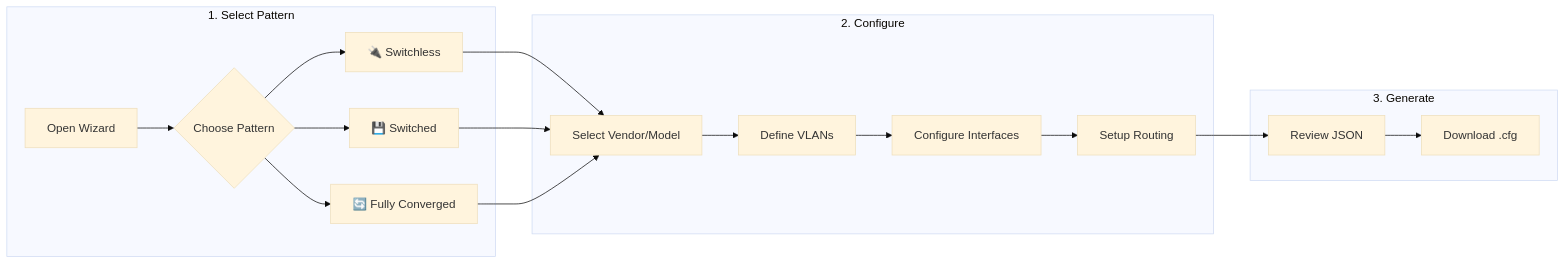
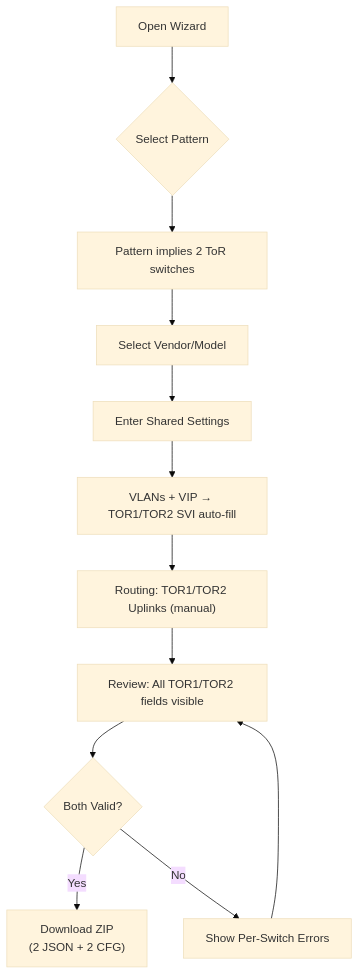
One commit to microsoft/Azure_Local_Physical_Network_Config_Tool changed the first of 4 diagrams in .github/docs/AzureLocal_Physical_Network_Config_Tool_Design_Doc.md. Above: the diagram before and after it, drawn with Mermaid (base theme). The commit also changed other lines of this file and 28 other files, not shown here.

````diff
--- a/.github/docs/AzureLocal_Physical_Network_Config_Tool_Design_Doc.md
+++ b/.github/docs/AzureLocal_Physical_Network_Config_Tool_Design_Doc.md
@@ -44,21 +64,14 @@
 ```mermaid
-flowchart LR
-    subgraph "1. Select Pattern"
-        A[Open Wizard] --> B{Choose Pattern}
-        B --> C[🔌 Switchless]
-        B --> D[💾 Switched]
-        B --> E[🔄 Fully Converged]
-    end
-    
-    subgraph "2. Configure"
-        C & D & E --> F[Select Vendor/Model]
-        F --> G[Define VLANs]
-        G --> H[Configure Interfaces]
-        H --> I[Setup Routing]
-    end
-    
-    subgraph "3. Generate"
-        I --> J[Review JSON]
-        J --> K[Download .cfg]
-    end
+flowchart TD
+    A[Open Wizard] --> B{Select Pattern}
+    B --> C["Pattern implies 2 ToR switches"]
+    C --> D[Select Vendor/Model]
+    D --> E[Enter Shared Settings]
+    E --> F["VLANs + VIP → TOR1/TOR2 SVI auto-fill"]
+    F --> G["Routing: TOR1/TOR2 Uplinks (manual)"]
+    G --> H["Review: All TOR1/TOR2 fields visible"]
+    H --> I{Both Valid?}
+    I -->|Yes| J["Download ZIP\n(2 JSON + 2 CFG)"]
+    I -->|No| K[Show Per-Switch Errors]
+    K --> H
 ```
````
